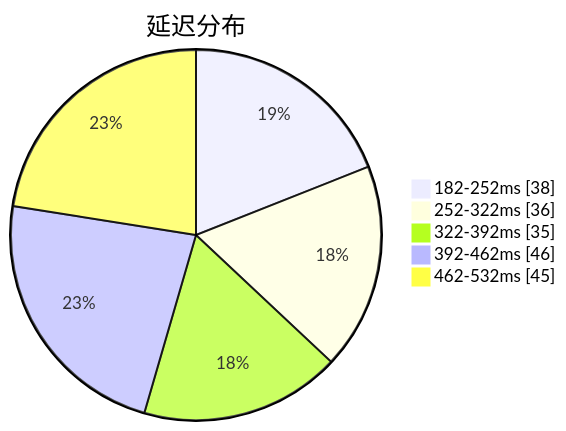
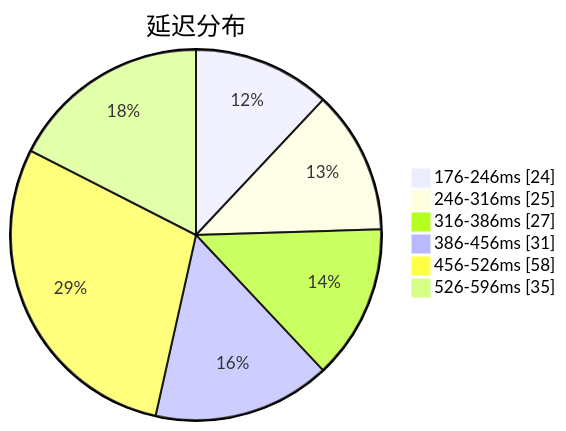
The first of 3 diagrams in subs/statistics/tested_within.md (qjlxg/airport), drawn with Mermaid before and after one commit. The commit also changed other lines of this file and 2 other files, not shown here.

````diff
--- a/subs/statistics/tested_within.md
+++ b/subs/statistics/tested_within.md
@@ -2,9 +2,10 @@
 ```mermaid
 pie showData
 title 延迟分布
-"182-252ms" : 38
-"252-322ms" : 36
-"322-392ms" : 35
-"392-462ms" : 46
-"462-532ms" : 45
+"176-246ms" : 24
+"246-316ms" : 25
+"316-386ms" : 27
+"386-456ms" : 31
+"456-526ms" : 58
+"526-596ms" : 35
 ```
````
